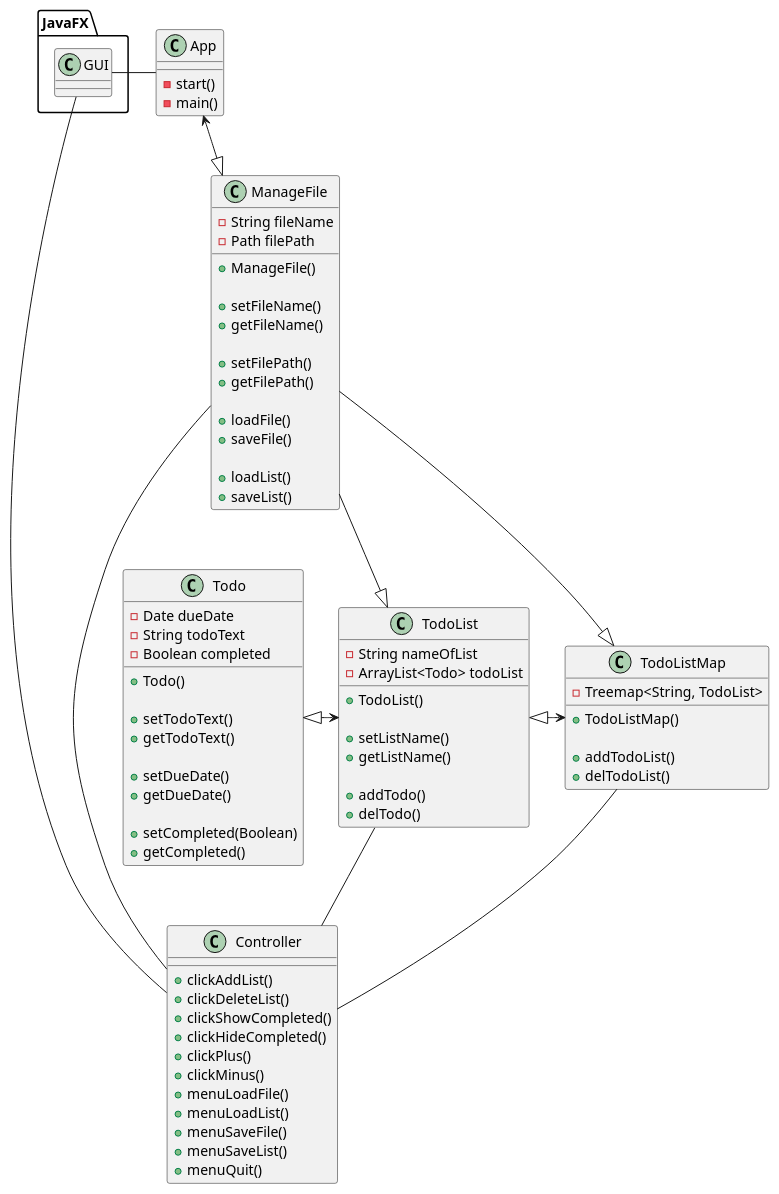
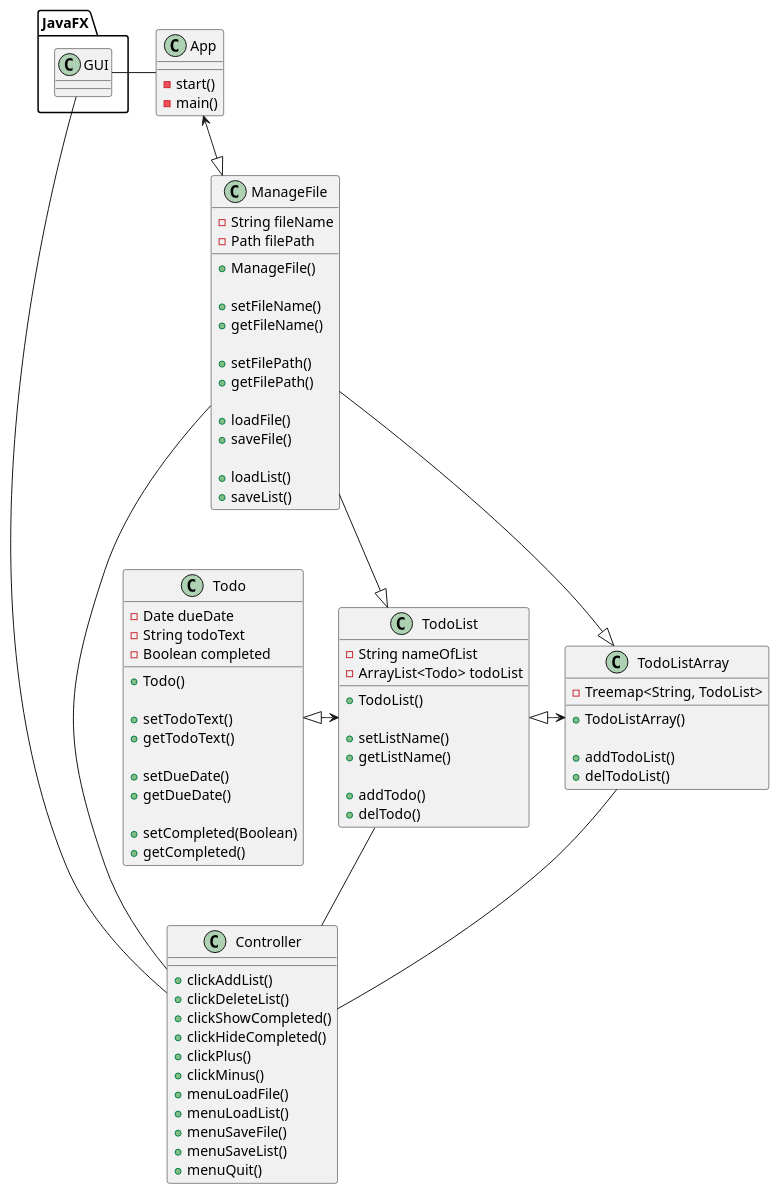
Before and after one commit to SlimyMonz/Java-Todo-App: the diagram in uml/App.puml, drawn with PlantUML. The commit also changed 7 other files, not shown here.

```diff
--- a/uml/App.puml
+++ b/uml/App.puml
@@ -1,105 +1,105 @@
 @startuml
 'https://plantuml.com/class-diagram
 
 class App {
 
     -start()
     -main()
 }
 
 class Controller {
 
     +clickAddList()
     +clickDeleteList()
     +clickShowCompleted()
     +clickHideCompleted()
     +clickPlus()
     +clickMinus()
     +menuLoadFile()
     +menuLoadList()
     +menuSaveFile()
     +menuSaveList()
     +menuQuit()
 
 }
 
 class ManageFile {
 
     -String fileName
     -Path filePath
 
     +ManageFile()
 
     +setFileName()
     +getFileName()
 
     +setFilePath()
     +getFilePath()
 
     +loadFile()
     +saveFile()
 
     +loadList()
     +saveList()
 
 }
 
-class TodoListMap {
+class TodoListArray {
     -Treemap<String, TodoList>
 
-    +TodoListMap()
+    +TodoListArray()
 
     +addTodoList()
     +delTodoList()
 }
 
 class TodoList {
     -String nameOfList
     -ArrayList<Todo> todoList
 
     +TodoList()
 
     +setListName()
     +getListName()
 
     +addTodo()
     +delTodo()
 }
 
 class Todo {
 
     -Date dueDate
     -String todoText
     -Boolean completed
 
     +Todo()
 
     +setTodoText()
     +getTodoText()
 
     +setDueDate()
     +getDueDate()
 
     +setCompleted(Boolean)
     +getCompleted()
 
 }
 
 
 JavaFX.GUI = App
 JavaFX.GUI = Controller
 
 App <--|> ManageFile
-ManageFile --|> TodoListMap
+ManageFile --|> TodoListArray
 ManageFile --|> TodoList
 Todo <|-> TodoList
-TodoList <|-> TodoListMap
+TodoList <|-> TodoListArray
 
 ManageFile = Controller
 TodoList ==  Controller
-TodoListMap = Controller
+TodoListArray = Controller
 
 
 
 
 @enduml
```
